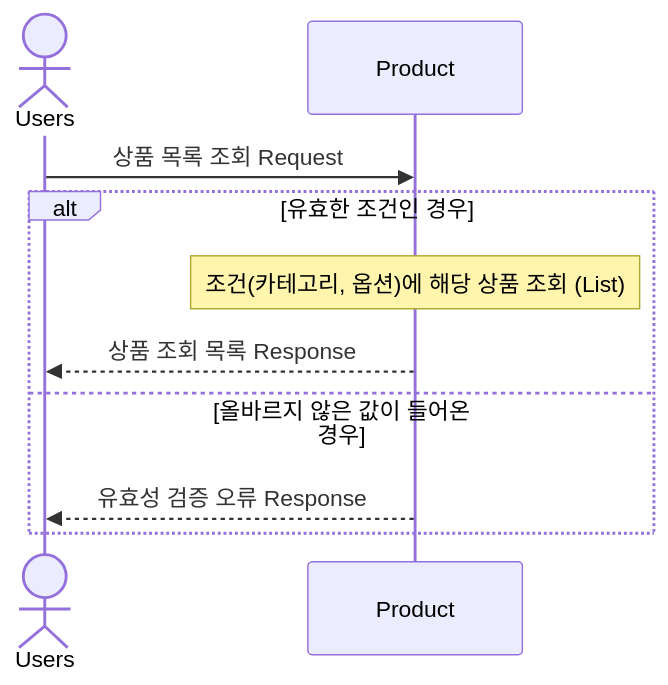
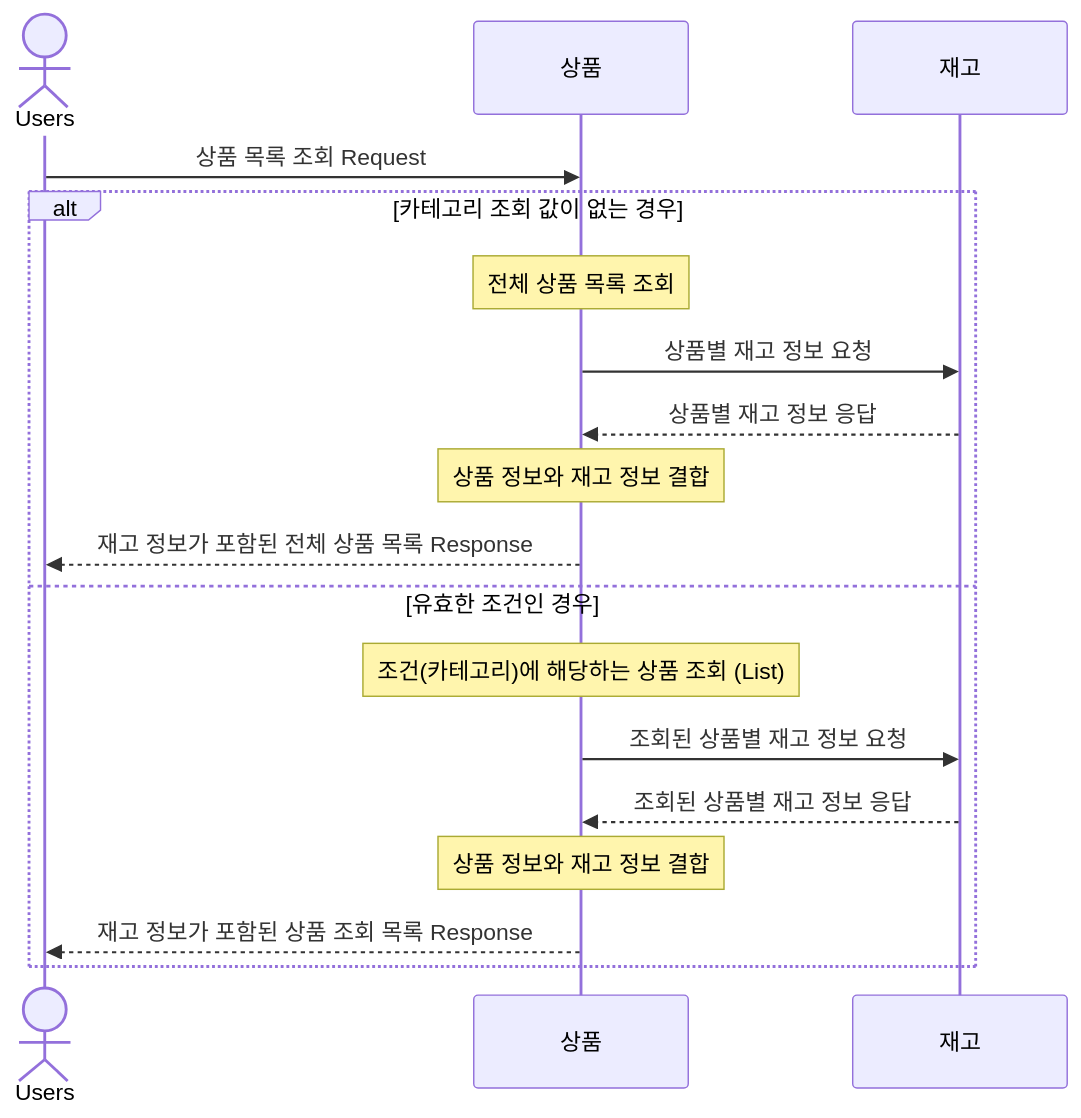
The third of 8 diagrams in docs/SequenceDiagram.md (KMGeon/hhplus-e-commerce), drawn with Mermaid before and after one commit. The commit also changed other lines of this file, not shown here.

Commit message:
[DOCS] : 시퀀스 다이어그램

````diff
--- a/docs/SequenceDiagram.md
+++ b/docs/SequenceDiagram.md
@@ -36,14 +67,22 @@
 ```mermaid
 sequenceDiagram
     actor Users
-    participant Product
+    participant 상품
+    participant Stock as 재고
     
-    Users->>Product: 상품 목록 조회 Request
+    Users->>상품: 상품 목록 조회 Request
     
-    alt 유효한 조건인 경우
-        Note over Product: 조건(카테고리, 옵션)에 해당 상품 조회 (List)
-        Product-->>Users: 상품 조회 목록 Response
-    else 올바르지 않은 값이 들어온 경우
-        Product-->>Users: 유효성 검증 오류 Response
+    alt 카테고리 조회 값이 없는 경우
+        Note over 상품: 전체 상품 목록 조회
+        상품->>Stock: 상품별 재고 정보 요청
+        Stock-->>상품: 상품별 재고 정보 응답
+        Note over 상품: 상품 정보와 재고 정보 결합
+        상품-->>Users: 재고 정보가 포함된 전체 상품 목록 Response
+    else 유효한 조건인 경우
+        Note over 상품: 조건(카테고리)에 해당하는 상품 조회 (List)
+        상품->>Stock: 조회된 상품별 재고 정보 요청
+        Stock-->>상품: 조회된 상품별 재고 정보 응답
+        Note over 상품: 상품 정보와 재고 정보 결합
+        상품-->>Users: 재고 정보가 포함된 상품 조회 목록 Response
     end
 ```
````
